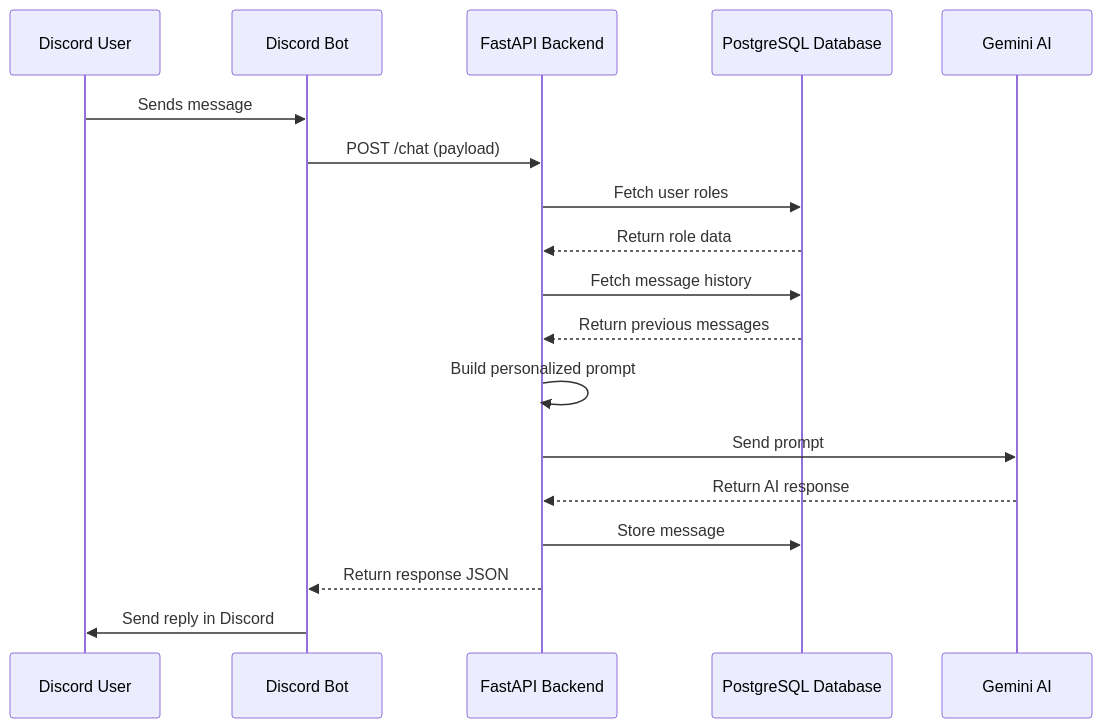
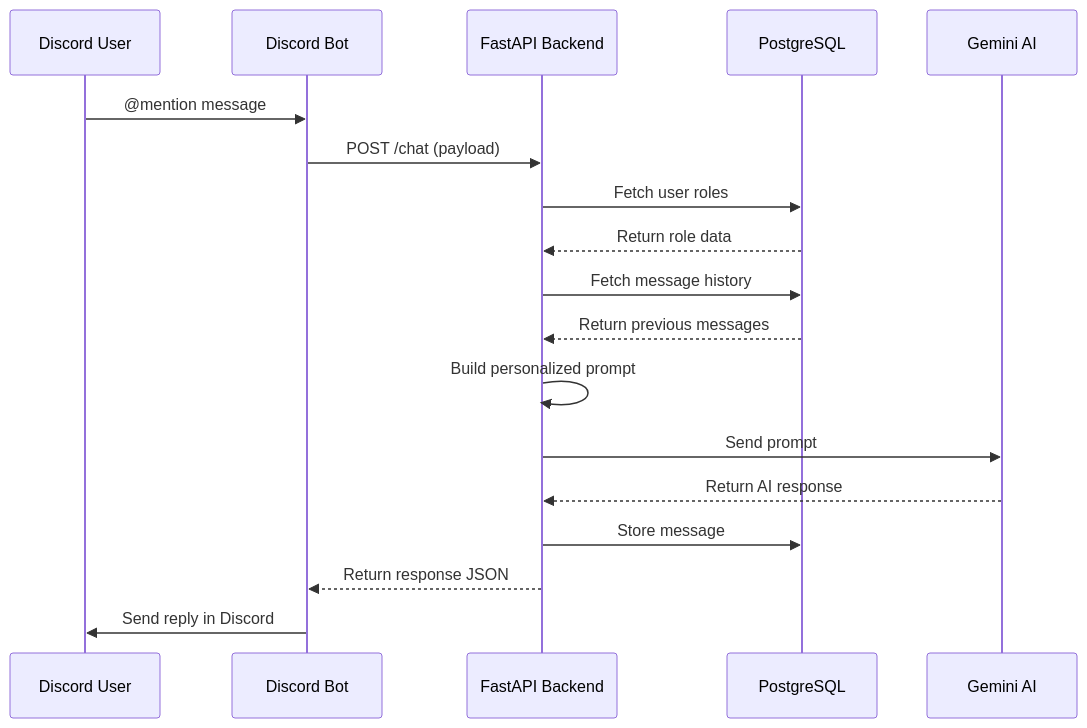
One commit to p2ratik/Discord-Bot changed the second of 4 diagrams in README.md. Above: the diagram before and after it, drawn with Mermaid. The commit also changed other lines of this file and 19 other files, not shown here.

````diff
--- a/README.md
+++ b/README.md
@@ -127,21 +151,21 @@
 ```mermaid
 sequenceDiagram
     participant U as Discord User
     participant B as Discord Bot
     participant API as FastAPI Backend
-    participant DB as PostgreSQL Database
+    participant DB as PostgreSQL
     participant AI as Gemini AI
     
-    U->>B: Sends message
+    U->>B: @mention message
     B->>API: POST /chat (payload)
     API->>DB: Fetch user roles
     DB-->>API: Return role data
     API->>DB: Fetch message history
     DB-->>API: Return previous messages
     API->>API: Build personalized prompt
     API->>AI: Send prompt
     AI-->>API: Return AI response
     API->>DB: Store message
     API-->>B: Return response JSON
     B->>U: Send reply in Discord
 ```
````
